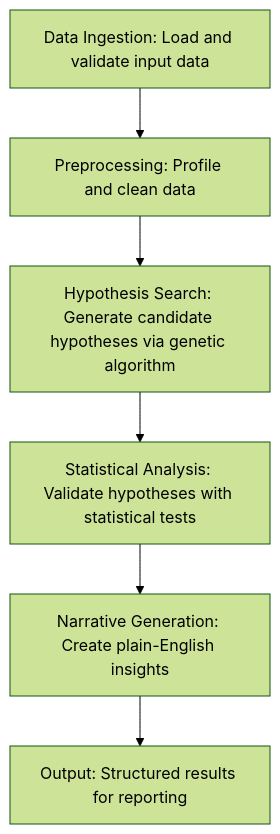
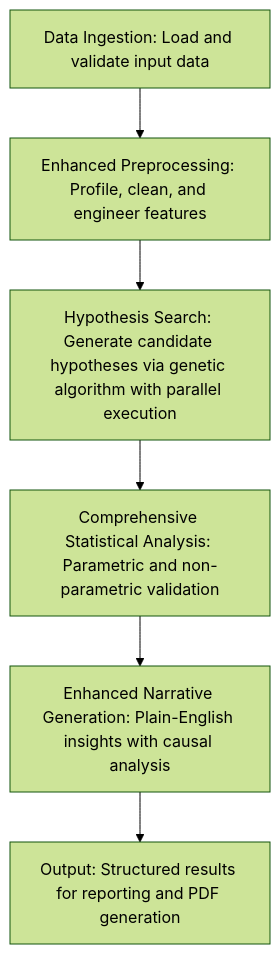
The diagram in GRETA_CORE_ARCHITECTURE.md (brennansk1/greta-ai-data-analysis), drawn with Mermaid (forest theme) before and after one commit. The commit also changed other lines of this file and 58 other files, not shown here.

Commit message:
feat: comprehensive enhancements - add non-parametric statistical tests, reorganize code structure, enhance feature engineering, implement CLI logging, update narratives, introduce PDF report generation, improve testing suite, and update documentation

````diff
--- a/GRETA_CORE_ARCHITECTURE.md
+++ b/GRETA_CORE_ARCHITECTURE.md
@@ -39,8 +39,8 @@
 ```mermaid
 graph TD
-    A[Data Ingestion: Load and validate input data] --> B[Preprocessing: Profile and clean data]
-    B --> C[Hypothesis Search: Generate candidate hypotheses via genetic algorithm]
-    C --> D[Statistical Analysis: Validate hypotheses with statistical tests]
-    D --> E[Narrative Generation: Create plain-English insights]
-    E --> F[Output: Structured results for reporting]
+     A[Data Ingestion: Load and validate input data] --> B[Enhanced Preprocessing: Profile, clean, and engineer features]
+     B --> C[Hypothesis Search: Generate candidate hypotheses via genetic algorithm with parallel execution]
+     C --> D[Comprehensive Statistical Analysis: Parametric and non-parametric validation]
+     D --> E[Enhanced Narrative Generation: Plain-English insights with causal analysis]
+     E --> F[Output: Structured results for reporting and PDF generation]
 ```
````
